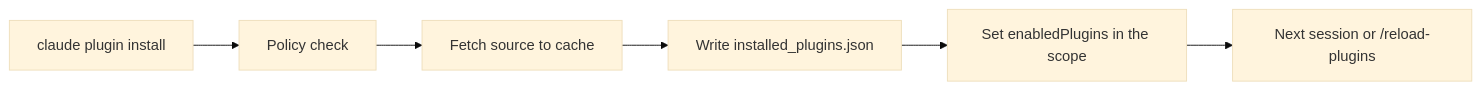
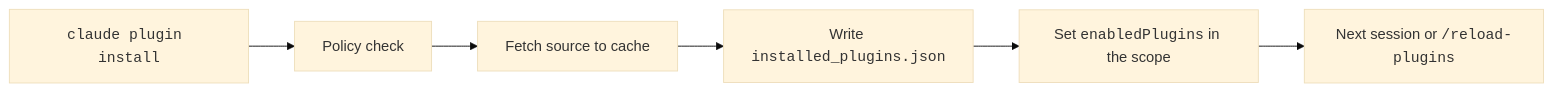
Before and after one commit to xsyetopz/claude-code-docs: the diagram in docs/extend/plugins/cli.md, drawn with Mermaid (base theme). The commit also changed other lines of this file and 164 other files, not shown here.

First line of the commit message:
docs: linked citations, yes/no markers, file trees, code in diagrams

````diff
--- a/docs/extend/plugins/cli.md
+++ b/docs/extend/plugins/cli.md
@@ -89,8 +89,8 @@
 ```mermaid
 flowchart LR
-  A[claude plugin install] --> B[Policy check]
+  A["<code>claude plugin install</code>"] --> B[Policy check]
   B --> C[Fetch source to cache]
-  C --> D[Write installed_plugins.json]
-  D --> E[Set enabledPlugins in the scope]
-  E --> F[Next session or /reload-plugins]
+  C --> D["Write <code>installed_plugins.json</code>"]
+  D --> E["Set <code>enabledPlugins</code> in the scope"]
+  E --> F["Next session or <code>/reload-plugins</code>"]
 ```
````
